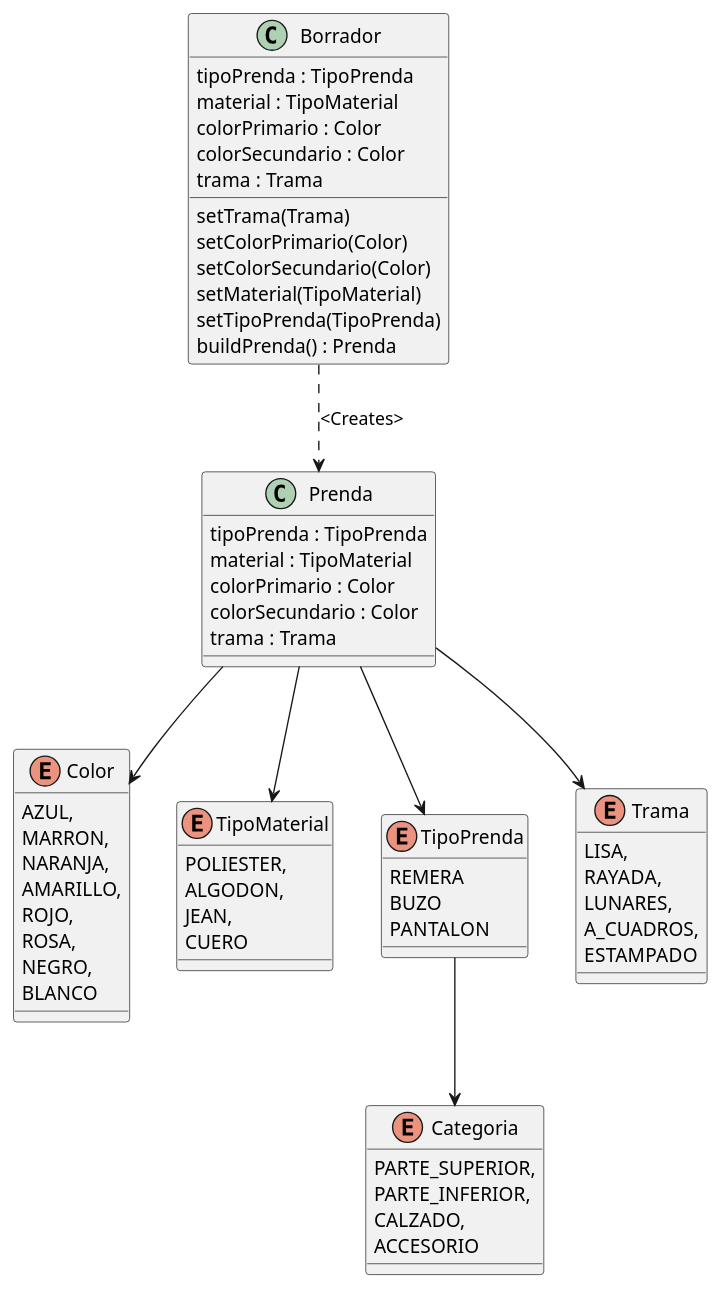
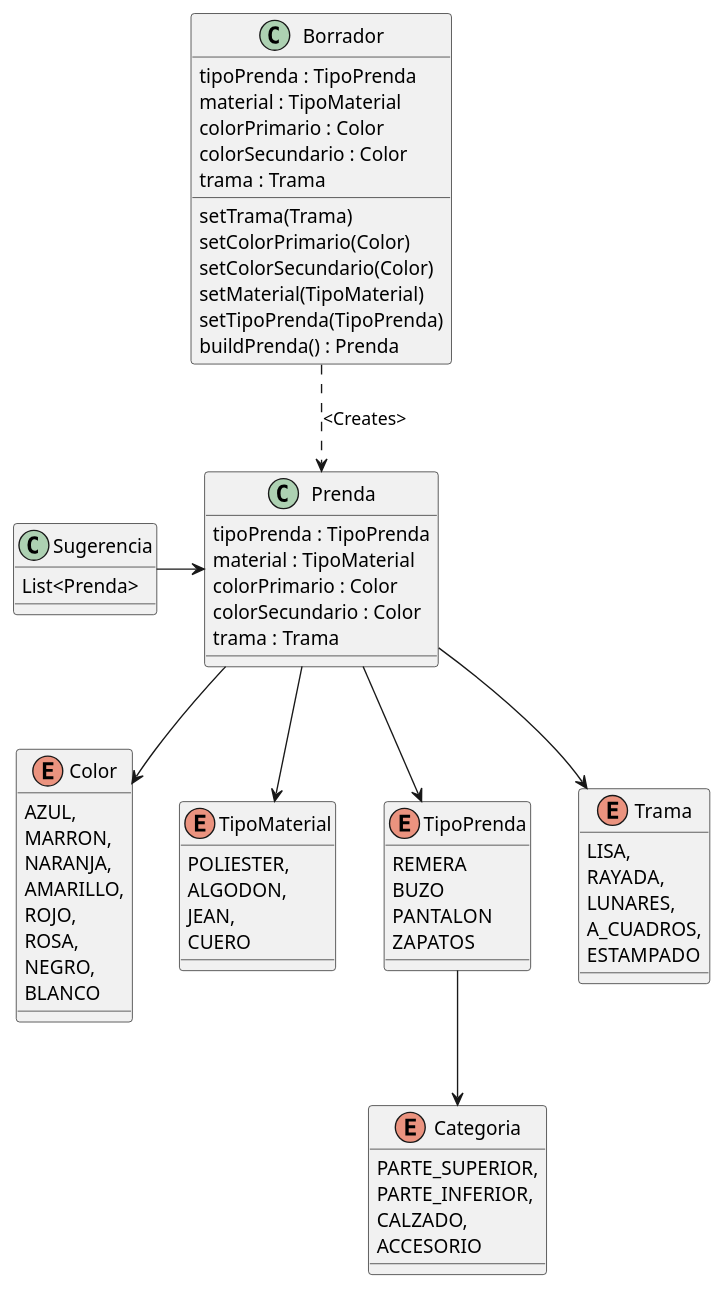
Before and after one commit to marrkbau/QueMePongo: the diagram in src/main/java/ar/edu/utn/frba/dds/diagramaDeClase/QueMePongo.puml, drawn with PlantUML. The commit also changed 16 other files, not shown here.

```diff
--- a/src/main/java/ar/edu/utn/frba/dds/diagramaDeClase/QueMePongo.puml
+++ b/src/main/java/ar/edu/utn/frba/dds/diagramaDeClase/QueMePongo.puml
@@ -1,75 +1,82 @@
 @startuml
 'https://plantuml.com/class-diagram
 
 
 enum Color {
 AZUL,
 MARRON,
 NARANJA,
 AMARILLO,
 ROJO,
 ROSA,
 NEGRO,
 BLANCO
 }
 
 enum TipoMaterial {
 POLIESTER,
 ALGODON,
 JEAN,
 CUERO
 }
 enum Categoria {
 PARTE_SUPERIOR,
 PARTE_INFERIOR,
 CALZADO,
 ACCESORIO
 }
 
 enum TipoPrenda {
 REMERA
 BUZO
 PANTALON
+ZAPATOS
 }
 
 enum Trama {
 LISA,
 RAYADA,
 LUNARES,
 A_CUADROS,
 ESTAMPADO
 }
 
 class Prenda {
 tipoPrenda : TipoPrenda
 material : TipoMaterial
 colorPrimario : Color
 colorSecundario : Color
 trama : Trama
 }
 
 class Borrador {
 tipoPrenda : TipoPrenda
 material : TipoMaterial
 colorPrimario : Color
 colorSecundario : Color
 trama : Trama
 
 setTrama(Trama)
 setColorPrimario(Color)
 setColorSecundario(Color)
 setMaterial(TipoMaterial)
 setTipoPrenda(TipoPrenda)
 buildPrenda() : Prenda
 }
 
+class Sugerencia {
+List<Prenda>
+
+}
+
 Prenda --> Color
 Prenda --> TipoMaterial
 Prenda --> TipoPrenda
 Prenda --> Trama
 TipoPrenda --> Categoria
+Sugerencia -> Prenda
 Borrador ..> Prenda : <Creates>
 
 
 
 @enduml
```
